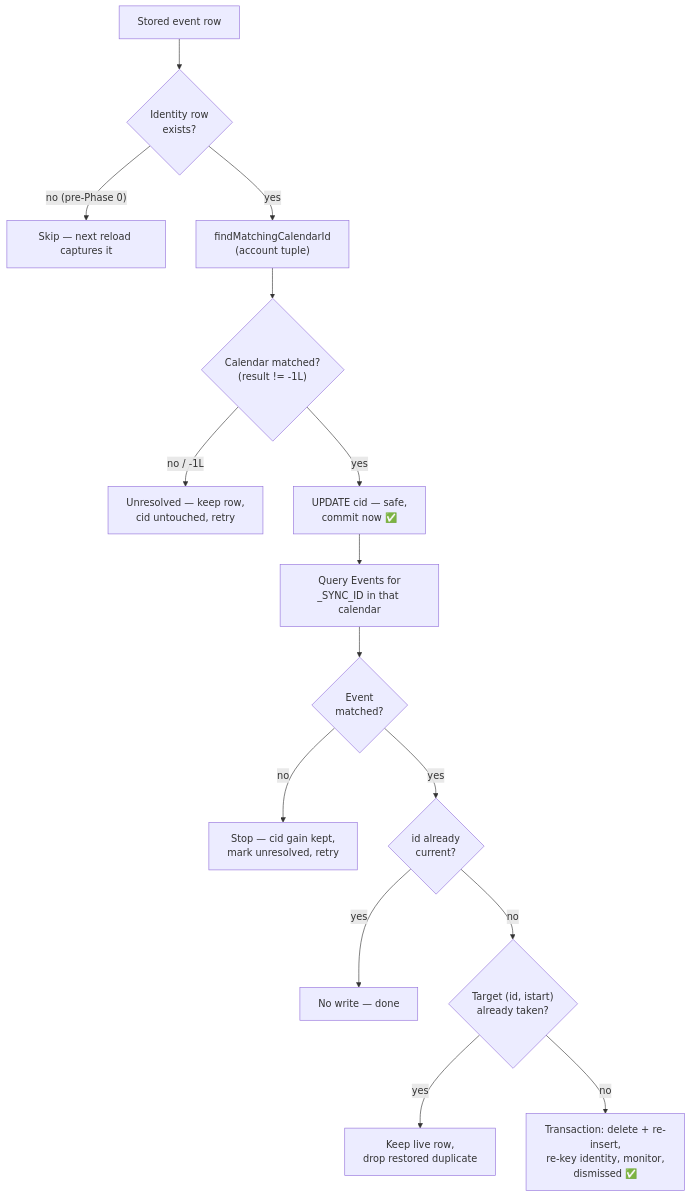
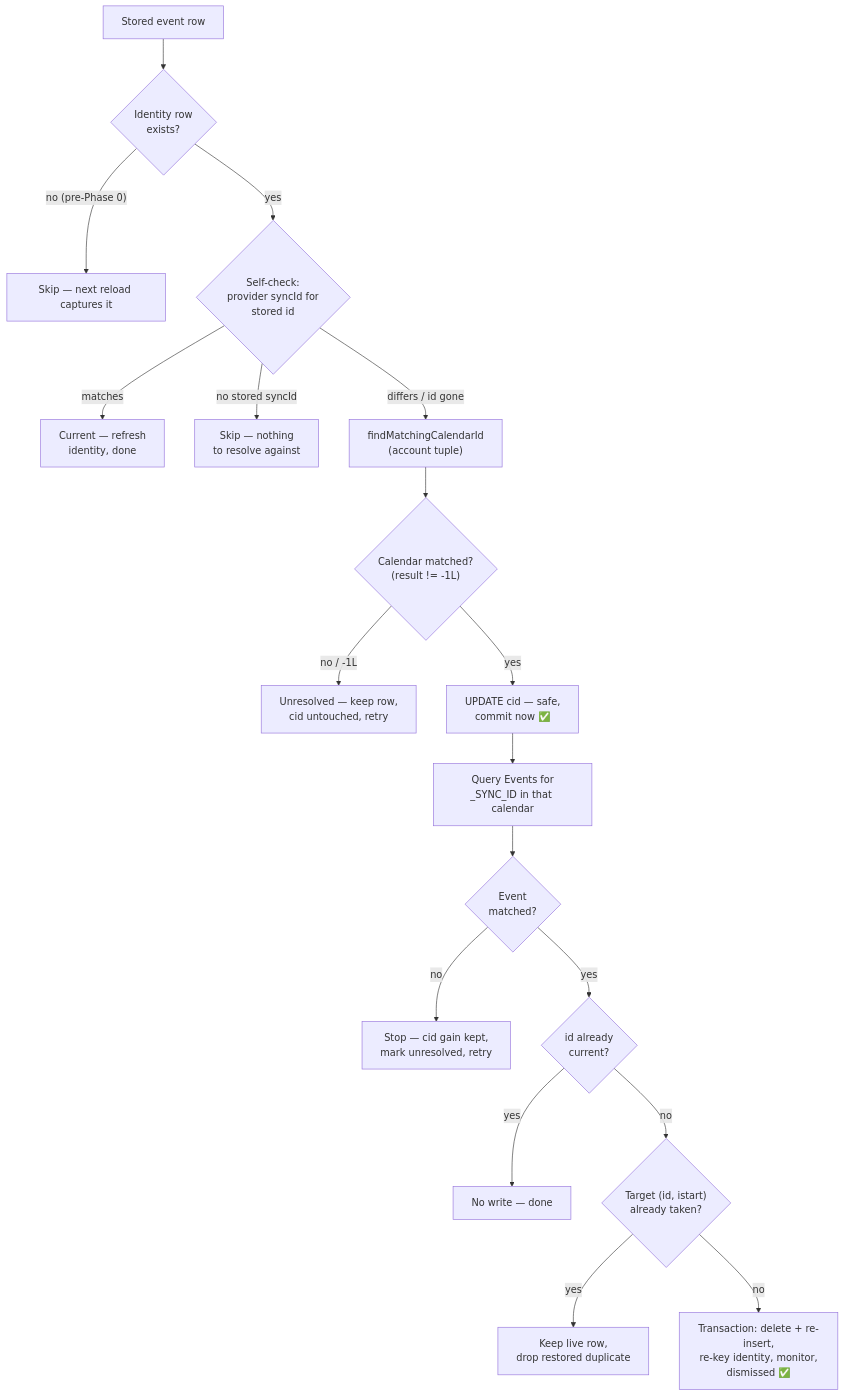
The third of 3 diagrams in docs/dev_todo/portable_event_identity.md (williscool/CalendarNotification), drawn with Mermaid before and after one commit. The commit also changed other lines of this file and 16 other files, not shown here.

````diff
--- a/docs/dev_todo/portable_event_identity.md
+++ b/docs/dev_todo/portable_event_identity.md
@@ -377,21 +420,25 @@
 ```mermaid
 flowchart TD
     A["Stored event row"] --> B{"Identity row<br/>exists?"}
     B -->|"no (pre-Phase 0)"| Z["Skip — next reload captures it"]
-    B -->|yes| C["findMatchingCalendarId<br/>(account tuple)"]
+    B -->|yes| SC{"Self-check:<br/>provider syncId for<br/>stored id"}
+
+    SC -->|"matches"| CUR["Current — refresh<br/>identity, done"]
+    SC -->|"no stored syncId"| Z2["Skip — nothing<br/>to resolve against"]
+    SC -->|"differs / id gone"| C["findMatchingCalendarId<br/>(account tuple)"]
 
     C --> D{"Calendar matched?<br/>(result != -1L)"}
     D -->|"no / -1L"| Y["Unresolved — keep row,<br/>cid untouched, retry"]
     D -->|yes| S["UPDATE cid — safe,<br/>commit now ✅"]
 
     S --> E["Query Events for<br/>_SYNC_ID in that calendar"]
     E --> F{"Event<br/>matched?"}
     F -->|no| X["Stop — cid gain kept,<br/>mark unresolved, retry"]
     F -->|yes| G{"id already<br/>current?"}
 
     G -->|yes| W["No write — done"]
     G -->|no| H{"Target (id, istart)<br/>already taken?"}
 
     H -->|yes| V["Keep live row,<br/>drop restored duplicate"]
     H -->|no| U["Transaction: delete + re-insert,<br/>re-key identity, monitor,<br/>dismissed ✅"]
 ```
````
